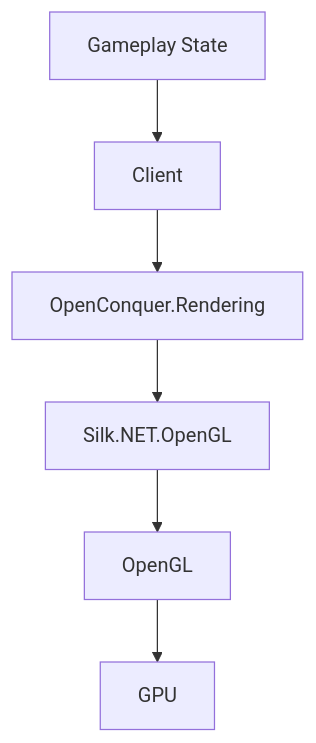
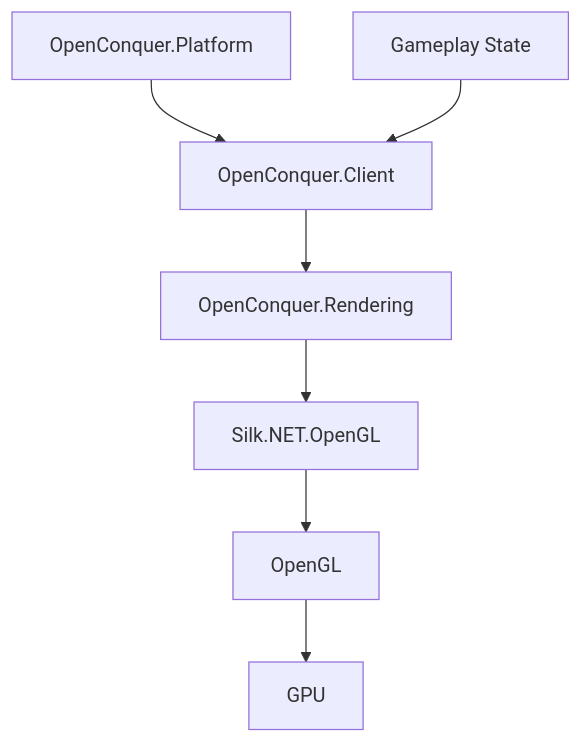
The third of 3 diagrams in docs/architecture/architecture.md (berniemackie97/OpenConquerClient), drawn with Mermaid before and after one commit. The commit also changed other lines of this file and 7 other files, not shown here.

````diff
--- a/docs/architecture/architecture.md
+++ b/docs/architecture/architecture.md
@@ -58,15 +93,17 @@
 ```mermaid
 flowchart TD
+    Platform["OpenConquer.Platform"]
+    Client["OpenConquer.Client"]
     Gameplay["Gameplay State"]
-    Client["Client"]
     Rendering["OpenConquer.Rendering"]
     Silk["Silk.NET.OpenGL"]
     OpenGL["OpenGL"]
     GPU["GPU"]
 
+    Platform --> Client
     Gameplay --> Client
     Client --> Rendering
     Rendering --> Silk
     Silk --> OpenGL
     OpenGL --> GPU
 ```
````
